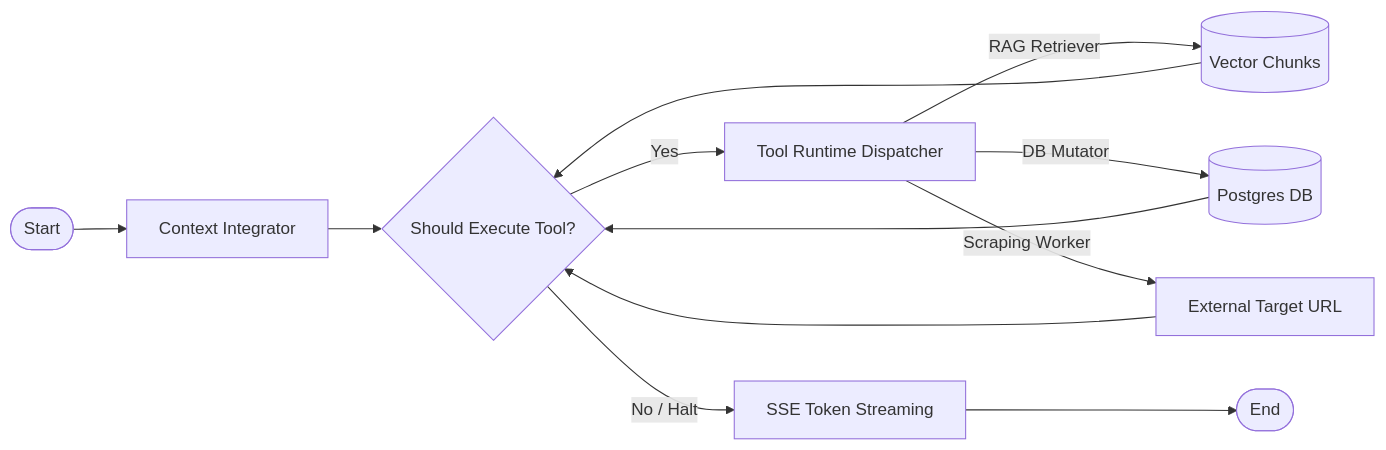
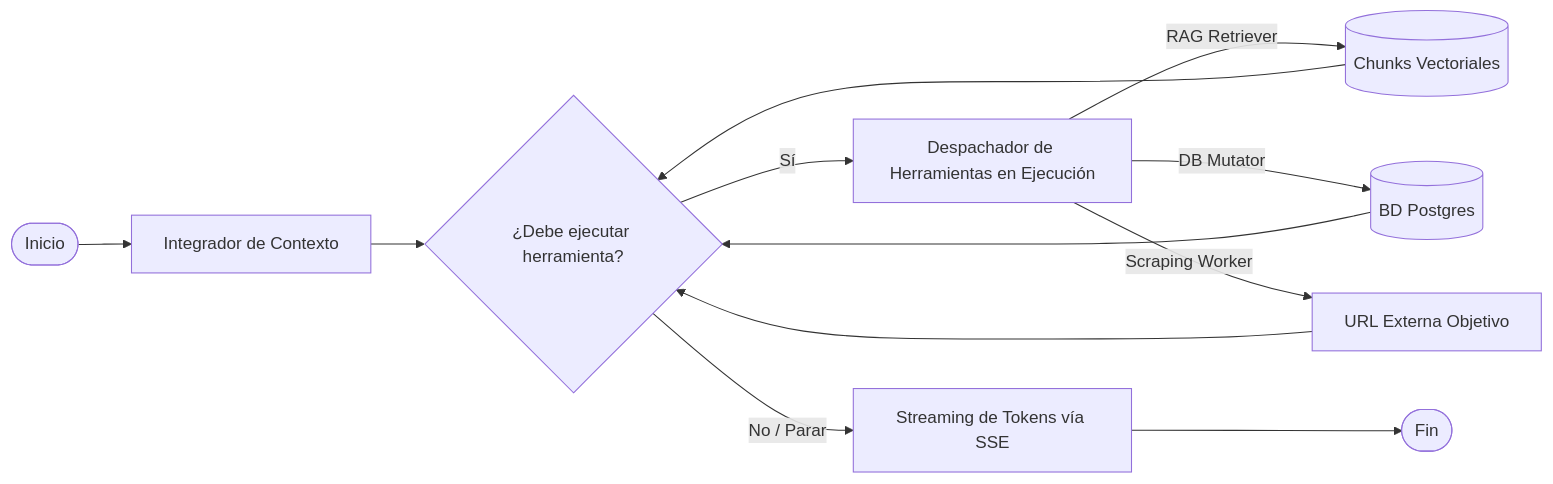
One commit to ececs/Daw-proyecto-final changed the fourth of 4 diagrams in arquitectura.md. Above: the diagram before and after it, drawn with Mermaid. The commit also changed other lines of this file, not shown here.

Commit message:
docs: translate architecture.md to Spanish and keep English technical terms

````diff
--- a/arquitectura.md
+++ b/arquitectura.md
@@ -137,17 +137,17 @@
 ```mermaid
 graph LR
-    Start([Start]) --> Input[Context Integrator]
-    Input --> Agent{Should Execute Tool?}
+    Start([Inicio]) --> Input[Integrador de Contexto]
+    Input --> Agent{¿Debe ejecutar herramienta?}
     
-    Agent -- Yes --> ToolCall[Tool Runtime Dispatcher]
-    ToolCall -- RAG Retriever --> Knowledge[(Vector Chunks)]
-    ToolCall -- DB Mutator --> SQL[(Postgres DB)]
-    ToolCall -- Scraping Worker --> Internet[External Target URL]
+    Agent -- Sí --> ToolCall[Despachador de Herramientas en Ejecución]
+    ToolCall -- RAG Retriever --> Knowledge[(Chunks Vectoriales)]
+    ToolCall -- DB Mutator --> SQL[(BD Postgres)]
+    ToolCall -- Scraping Worker --> Internet[URL Externa Objetivo]
     
     Knowledge --> Agent
     SQL --> Agent
     Internet --> Agent
     
-    Agent -- No / Halt --> Output[SSE Token Streaming]
-    Output --> End([End])
+    Agent -- No / Parar --> Output[Streaming de Tokens vía SSE]
+    Output --> End([Fin])
 ```
````
